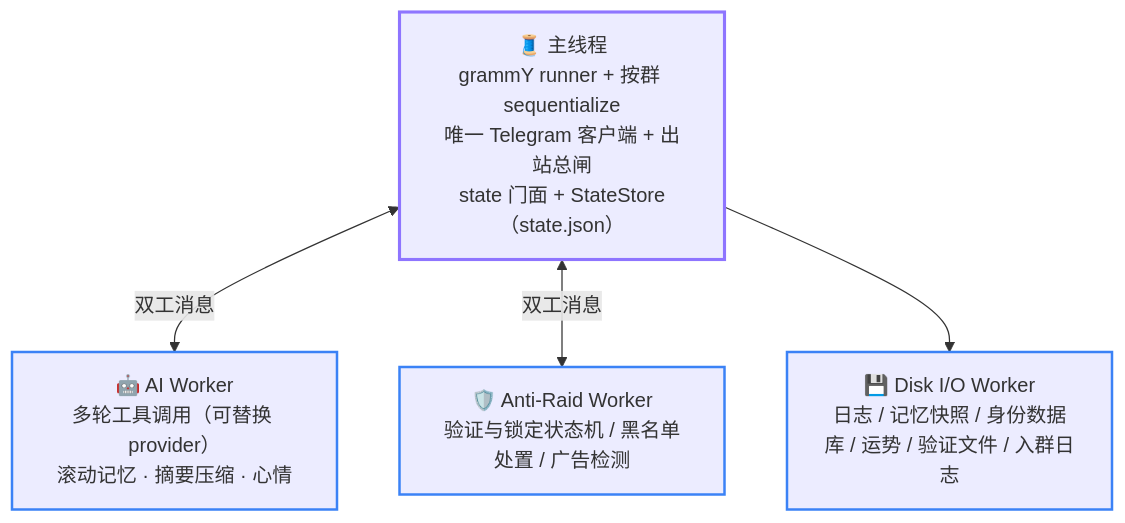
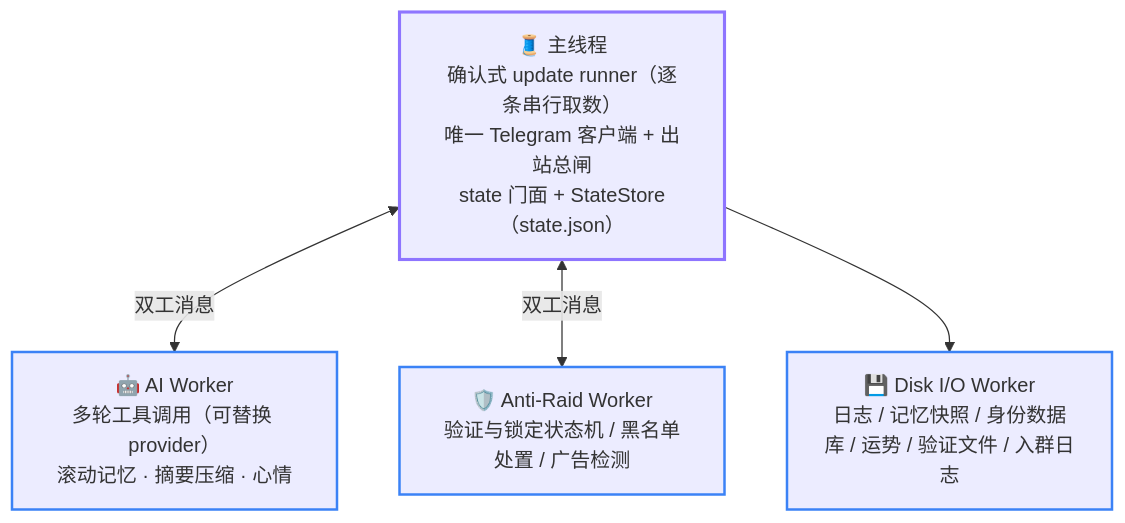
Before and after one commit to Asashishi/copy_ninjia: the first of 2 diagrams in docs/cn/02-architecture.md, drawn with Mermaid. The commit also changed other lines of this file and 100 other files, not shown here.

````diff
--- a/docs/cn/02-architecture.md
+++ b/docs/cn/02-architecture.md
@@ -17,14 +17,14 @@
 ```mermaid
 flowchart TD
     classDef main stroke:#8e75ff,stroke-width:2.5px;
     classDef worker stroke:#3b82f6,stroke-width:2px;
 
-    MAIN["🧵 主线程<br/>grammY runner + 按群 sequentialize<br/>唯一 Telegram 客户端 + 出站总闸<br/>state 门面 + StateStore（state.json）"]:::main
+    MAIN["🧵 主线程<br/>确认式 update runner（逐条串行取数）<br/>唯一 Telegram 客户端 + 出站总闸<br/>state 门面 + StateStore（state.json）"]:::main
     AI["🤖 AI Worker<br/>多轮工具调用（可替换 provider）<br/>滚动记忆 · 摘要压缩 · 心情"]:::worker
     RAID["🛡️ Anti-Raid Worker<br/>验证与锁定状态机 / 黑名单处置 / 广告检测"]:::worker
     DISK["💾 Disk I/O Worker<br/>日志 / 记忆快照 / 身份数据库 / 运势 / 验证文件 / 入群日志"]:::worker
 
     MAIN <-->|双工消息| AI
     MAIN <-->|双工消息| RAID
     MAIN --> DISK
 ```
````
